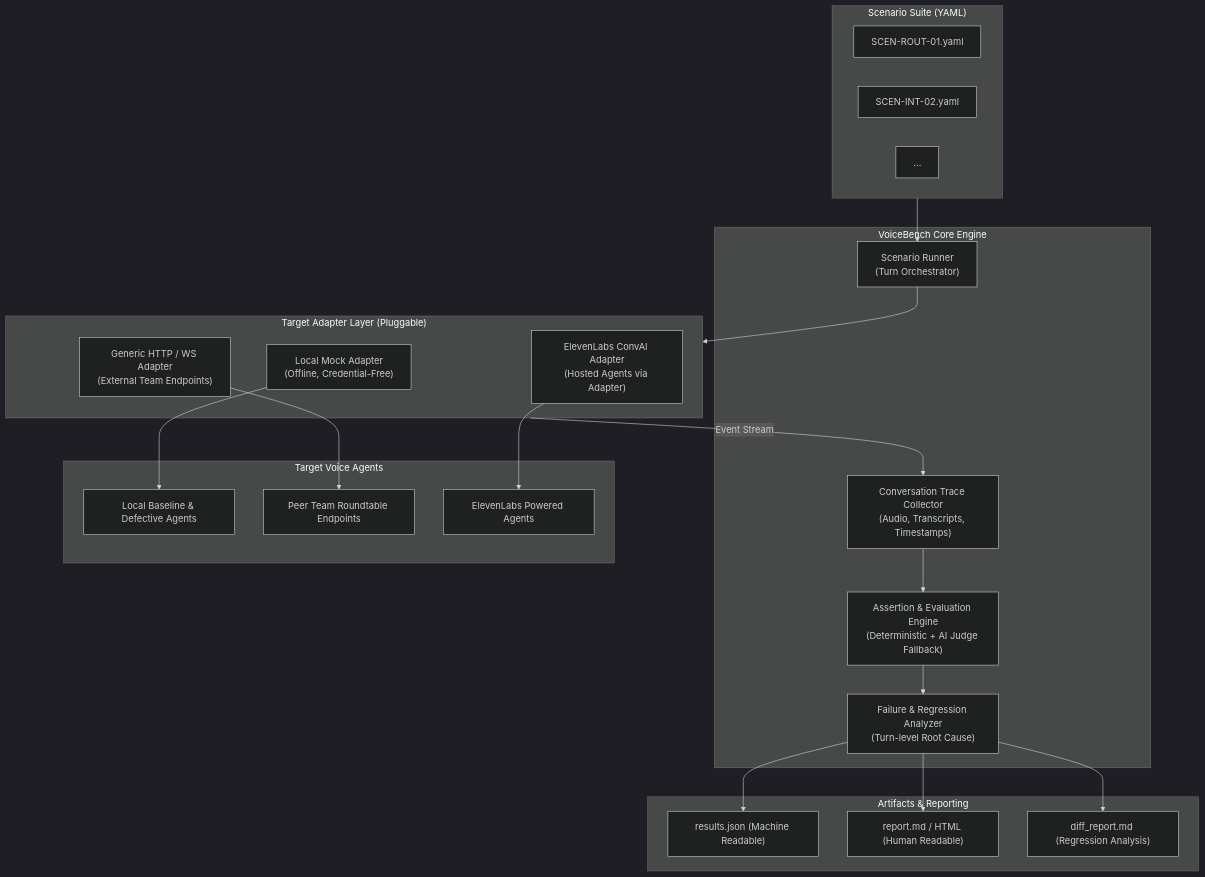
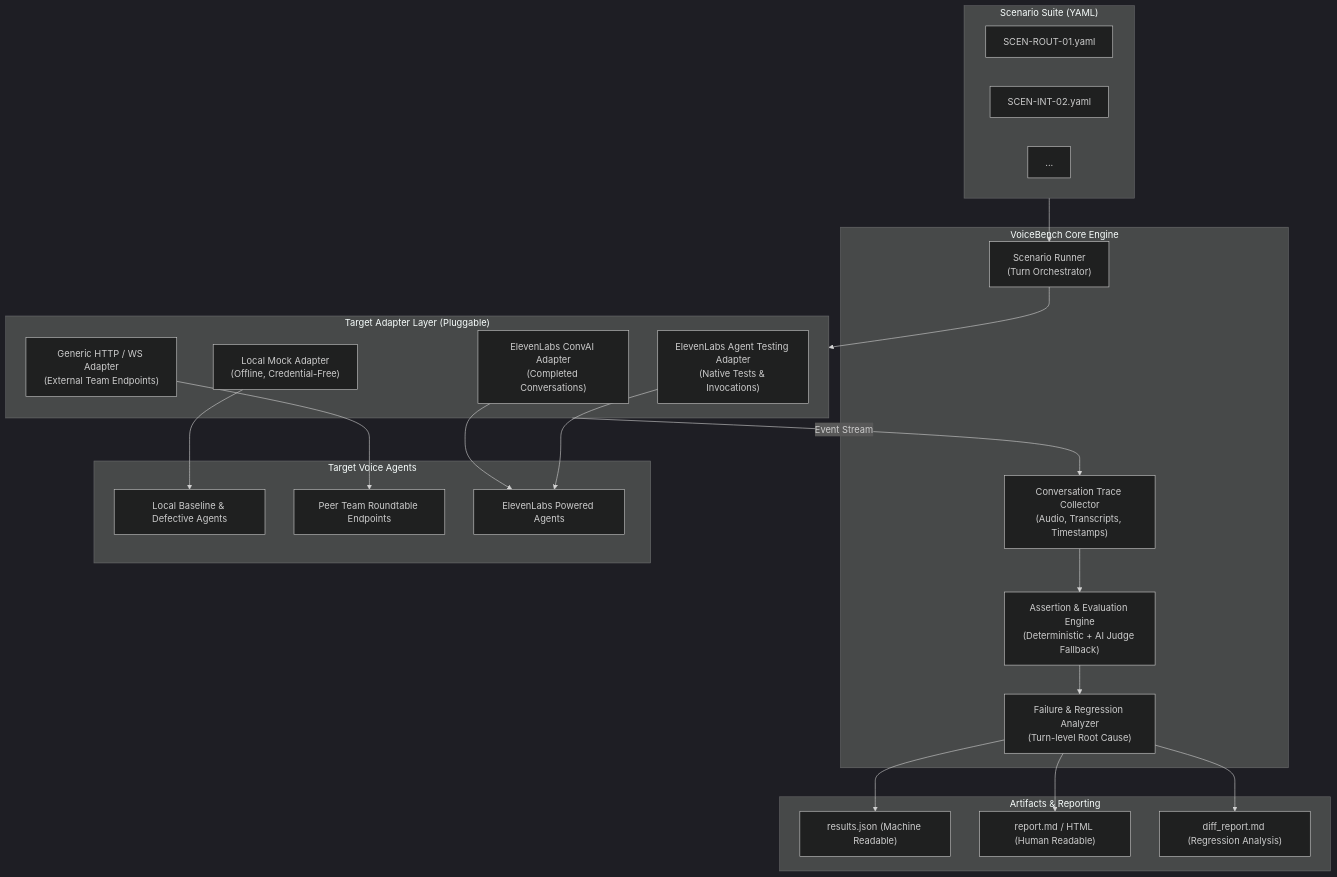
Before and after one commit to laggincodes/roundtable-voicebench: the first of 2 diagrams in docs/ARCHITECTURE.md, drawn with Mermaid (dark theme). The commit also changed 20 other files, not shown here.

First line of the commit message:
feat: strengthen evaluation assertions, add ElevenLabs tooling and live smoke scenario

````diff
--- a/docs/ARCHITECTURE.md
+++ b/docs/ARCHITECTURE.md
@@ -13,46 +13,48 @@
 ```mermaid
 flowchart TD
     subgraph Suite["Scenario Suite (YAML)"]
         Y1["SCEN-ROUT-01.yaml"]
         Y2["SCEN-INT-02.yaml"]
         YN["..."]
     end
 
     subgraph CoreEngine["VoiceBench Core Engine"]
         Runner["Scenario Runner\n(Turn Orchestrator)"]
         Trace["Conversation Trace Collector\n(Audio, Transcripts, Timestamps)"]
         Eval["Assertion & Evaluation Engine\n(Deterministic + AI Judge Fallback)"]
         Analyzer["Failure & Regression Analyzer\n(Turn-level Root Cause)"]
     end
 
     subgraph Adapters["Target Adapter Layer (Pluggable)"]
         MockAdapter["Local Mock Adapter\n(Offline, Credential-Free)"]
         HttpAdapter["Generic HTTP / WS Adapter\n(External Team Endpoints)"]
-        ElevenAdapter["ElevenLabs ConvAI Adapter\n(Hosted Agents via Adapter)"]
+        ElevenAdapter["ElevenLabs ConvAI Adapter\n(Completed Conversations)"]
+        ElevenTestingAdapter["ElevenLabs Agent Testing Adapter\n(Native Tests & Invocations)"]
     end
 
     subgraph Targets["Target Voice Agents"]
         AgentLocal["Local Baseline & Defective Agents"]
         AgentExt["Peer Team Roundtable Endpoints"]
         AgentEL["ElevenLabs Powered Agents"]
     end
 
     subgraph Output["Artifacts & Reporting"]
         JsonOutput["results.json (Machine Readable)"]
         MdReport["report.md / HTML (Human Readable)"]
         DiffReport["diff_report.md (Regression Analysis)"]
     end
 
     Suite --> Runner
     Runner --> Adapters
     MockAdapter --> AgentLocal
     HttpAdapter --> AgentExt
     ElevenAdapter --> AgentEL
+    ElevenTestingAdapter --> AgentEL
 
     Adapters -->|Event Stream| Trace
     Trace --> Eval
     Eval --> Analyzer
     Analyzer --> JsonOutput
     Analyzer --> MdReport
     Analyzer --> DiffReport
 ```
````
